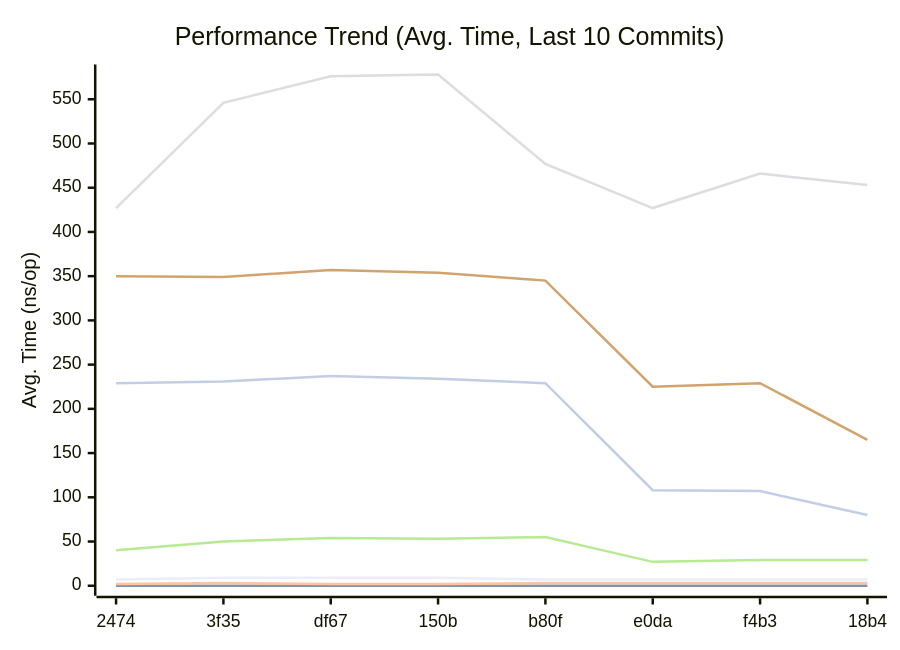
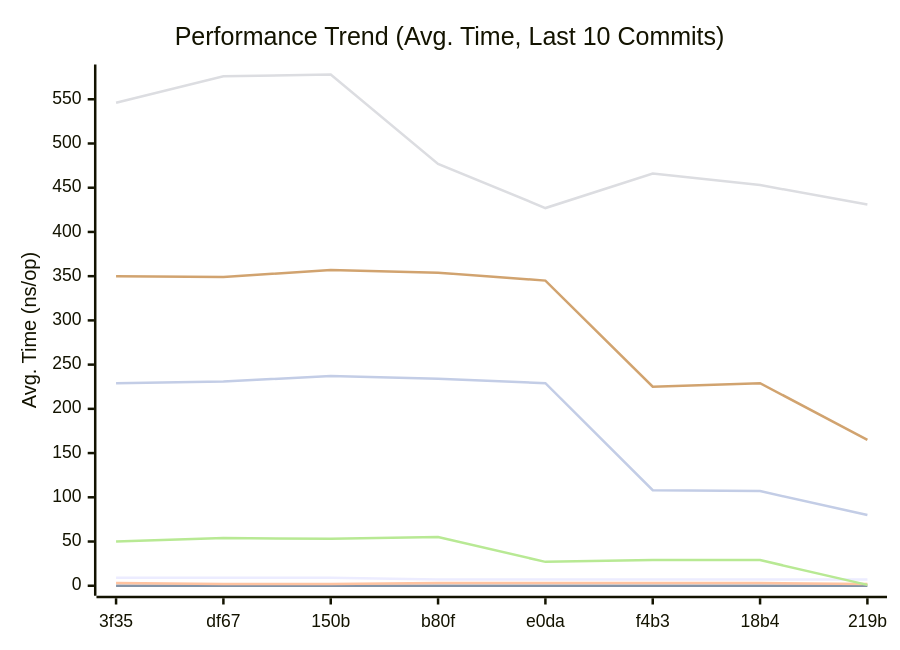
One commit to alsotoes/momo changed the first of 3 diagrams in docs/README.md. Above: the diagram before and after it, drawn with Mermaid. The commit also changed other lines of this file and 1 other file, not shown here.

````diff
--- a/docs/README.md
+++ b/docs/README.md
@@ -165,14 +168,14 @@
 ```mermaid
 xychart-beta
     title "Performance Trend (Avg. Time, Last 10 Commits)"
     x-axis "Commit"
     y-axis "Avg. Time (ns/op)"
-    x-axis [2474,3f35,df67,150b,b80f,e0da,f4b3,18b4]
-    line "CheckMetricsAndSwap" [7,9,9,9,7,7,7,7,7,5]
+    x-axis [3f35,df67,150b,b80f,e0da,f4b3,18b4,219b]
+    line "CheckMetricsAndSwap" [9,9,9,7,7,7,7,7,5,7]
     line "IndexDirectTracking" [0,0,0,0,0,0,0,0,0,0]
-    line "IndexSearch" [2,3,2,2,3,3,3,3,2,4]
-    line "LoadGlobalConfig" [427,546,576,578,477,427,466,453,431,418]
-    line "PadString" [40,50,54,53,55,27,29,29,1,1]
+    line "IndexSearch" [3,2,2,3,3,3,3,2,4,4]
+    line "LoadGlobalConfig" [546,576,578,477,427,466,453,431,418,15]
+    line "PadString" [50,54,53,55,27,29,29,1,1,1]
     line "ParseReplicationOrder_NoPrealloc" [350,349,357,354,345,225,229,165,232,234]
     line "ParseReplicationOrder_Prealloc" [229,231,237,234,229,108,107,80,110,109]
 ```
````
